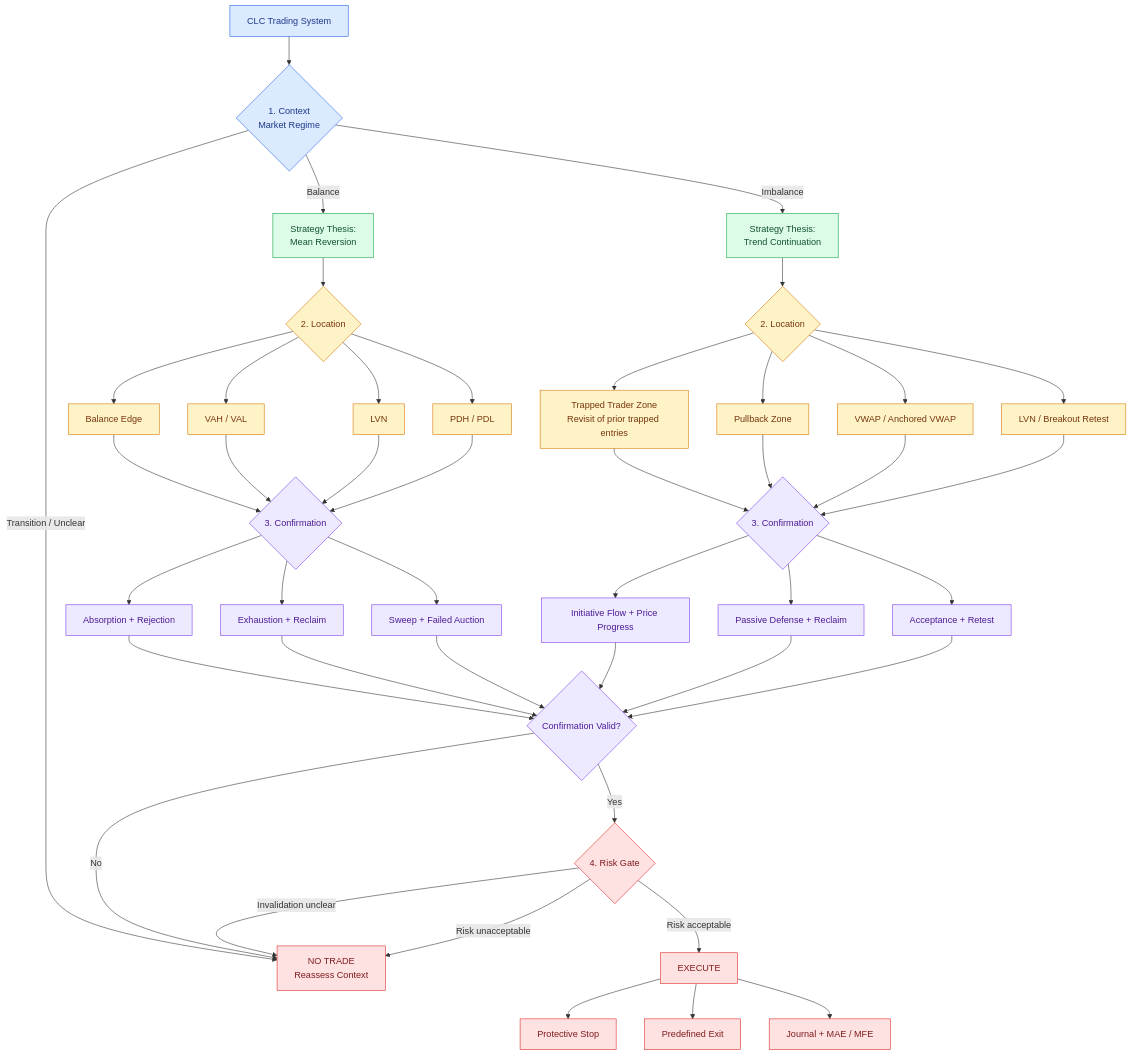
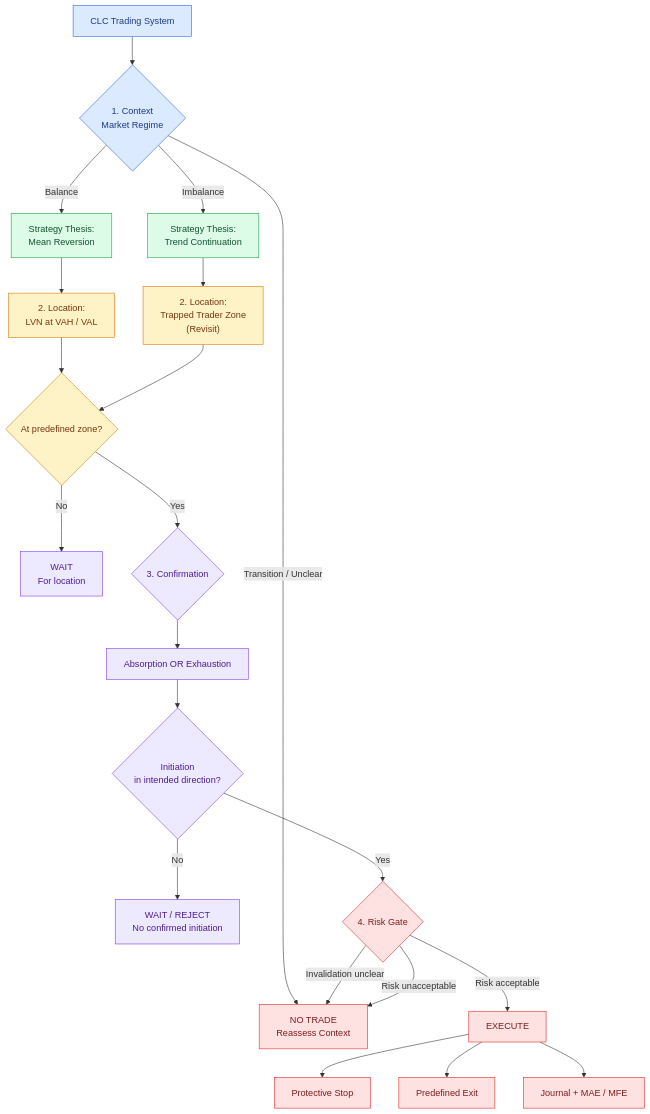
The diagram in README.md (KIMMCHOW/Orderflow), drawn with Mermaid before and after one commit. The commit also changed other lines of this file, not shown here.

Commit message:
docs: narrow CLC locations and unify confirmation sequence

````diff
--- a/README.md
+++ b/README.md
@@ -10,57 +10,40 @@
 ```mermaid
 flowchart TD
     A["CLC Trading System"] --> B{"1. Context<br/>Market Regime"}
     B -->|Balance| C["Strategy Thesis:<br/>Mean Reversion"]
     B -->|Imbalance| D["Strategy Thesis:<br/>Trend Continuation"]
     B -->|Transition / Unclear| X["NO TRADE<br/>Reassess Context"]
 
-    C --> E{"2. Location"}
-    D --> F{"2. Location"}
+    C --> E["2. Location:<br/>LVN at VAH / VAL"]
+    D --> F["2. Location:<br/>Trapped Trader Zone<br/>(Revisit)"]
 
-    E --> E1["Balance Edge"]
-    E --> E2["VAH / VAL"]
-    E --> E3["LVN"]
-    E --> E4["PDH / PDL"]
+    E --> G{"At predefined zone?"}
+    F --> G
+    G -->|No| W["WAIT<br/>For location"]
+    G -->|Yes| H{"3. Confirmation"}
 
-    F --> F1["Trapped Trader Zone<br/>Revisit of prior trapped entries"]
-    F --> F2["Pullback Zone"]
-    F --> F3["VWAP / Anchored VWAP"]
-    F --> F4["LVN / Breakout Retest"]
+    H --> I["Absorption OR Exhaustion"]
+    I --> J{"Initiation<br/>in intended direction?"}
+    J -->|No| W2["WAIT / REJECT<br/>No confirmed initiation"]
+    J -->|Yes| K{"4. Risk Gate"}
 
-    E1 & E2 & E3 & E4 --> G{"3. Confirmation"}
-    F1 & F2 & F3 & F4 --> H{"3. Confirmation"}
+    K -->|Invalidation unclear| X
+    K -->|Risk unacceptable| X
+    K -->|Risk acceptable| L["EXECUTE"]
 
-    G --> G1["Absorption + Rejection"]
-    G --> G2["Exhaustion + Reclaim"]
-    G --> G3["Sweep + Failed Auction"]
-
-    H --> H1["Initiative Flow + Price Progress"]
-    H --> H2["Passive Defense + Reclaim"]
-    H --> H3["Acceptance + Retest"]
-
-    G1 & G2 & G3 --> I{"Confirmation Valid?"}
-    H1 & H2 & H3 --> I
-
-    I -->|No| X
-    I -->|Yes| J{"4. Risk Gate"}
-
-    J -->|Invalidation unclear| X
-    J -->|Risk unacceptable| X
-    J -->|Risk acceptable| K["EXECUTE"]
-
-    K --> L["Protective Stop"]
-    K --> M["Predefined Exit"]
-    K --> N["Journal + MAE / MFE"]
+    L --> M["Protective Stop"]
+    L --> N["Predefined Exit"]
+    L --> O["Journal + MAE / MFE"]
 
     classDef context fill:#dbeafe,stroke:#2563eb,color:#1e3a8a
     classDef strategy fill:#dcfce7,stroke:#16a34a,color:#14532d
     classDef location fill:#fef3c7,stroke:#d97706,color:#78350f
     classDef confirm fill:#ede9fe,stroke:#7c3aed,color:#4c1d95
     classDef risk fill:#fee2e2,stroke:#dc2626,color:#7f1d1d
 
     class A,B context
     class C,D strategy
-    class E,F,E1,E2,E3,E4,F1,F2,F3,F4 location
-    class G,H,G1,G2,G3,H1,H2,H3,I confirm
-    class X,J,K,L,M,N risk
+    class E,F,G location
+    class H,I,J,W,W2 confirm
+    class X,K,L,M,N,O risk
 ```
````
